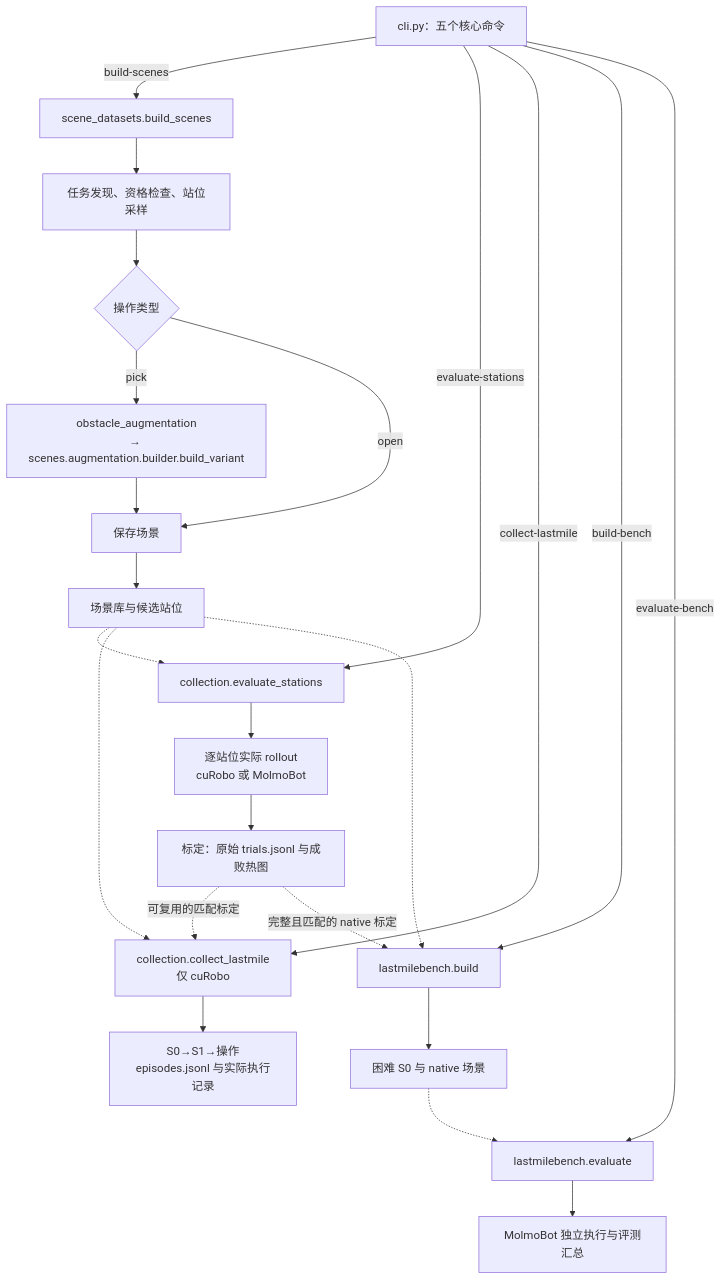
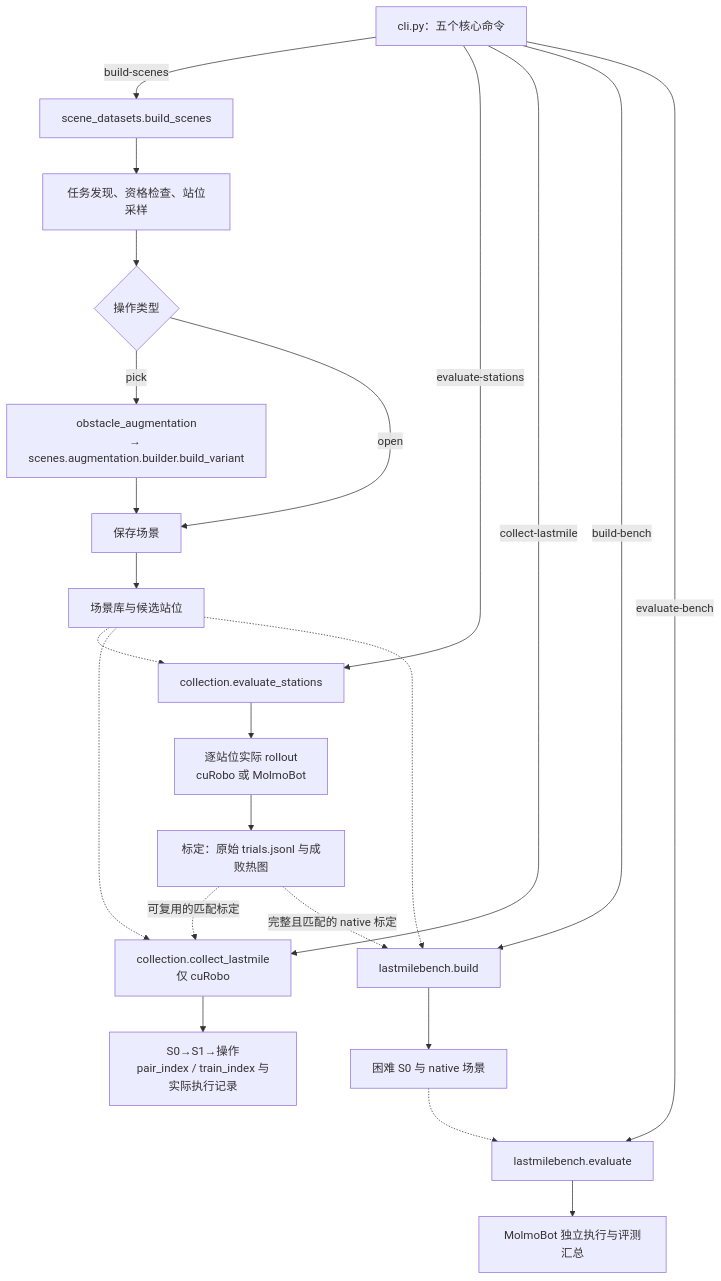
Before and after one commit to yifanwin/LastMileDataFlow: the first of 2 diagrams in docs/architecture.md, drawn with Mermaid. The commit also changed other lines of this file and 24 other files, not shown here.

````diff
--- a/docs/architecture.md
+++ b/docs/architecture.md
@@ -88,29 +88,29 @@
 ```mermaid
 flowchart TD
     CLI["cli.py：五个核心命令"]
     CLI -->|build-scenes| BUILD["scene_datasets.build_scenes"]
     BUILD --> DISC["任务发现、资格检查、站位采样"]
     DISC --> KIND{"操作类型"}
     KIND -->|pick| AUG["obstacle_augmentation<br/>→ scenes.augmentation.builder.build_variant"]
     KIND -->|open| SAVE["保存场景"]
     AUG --> SAVE
     SAVE --> DATASET["场景库与候选站位"]
 
     CLI -->|evaluate-stations| EVAL["collection.evaluate_stations"]
     DATASET -.-> EVAL
     EVAL --> TRIALS["逐站位实际 rollout<br/>cuRobo 或 MolmoBot"]
     TRIALS --> CAL["标定：原始 trials.jsonl 与成败热图"]
 
     CLI -->|collect-lastmile| COLLECT["collection.collect_lastmile<br/>仅 cuRobo"]
     DATASET -.-> COLLECT
     CAL -.->|可复用的匹配标定| COLLECT
-    COLLECT --> EPISODES["S0→S1→操作<br/>episodes.jsonl 与实际执行记录"]
+    COLLECT --> EPISODES["S0→S1→操作<br/>pair_index / train_index 与实际执行记录"]
 
     CLI -->|build-bench| BENCH["lastmilebench.build"]
     DATASET -.-> BENCH
     CAL -.->|完整且匹配的 native 标定| BENCH
     BENCH --> NATIVE["困难 S0 与 native 场景"]
     CLI -->|evaluate-bench| POLICY["lastmilebench.evaluate"]
     NATIVE -.-> POLICY
     POLICY --> RESULT["MolmoBot 独立执行与评测汇总"]
 ```
````
